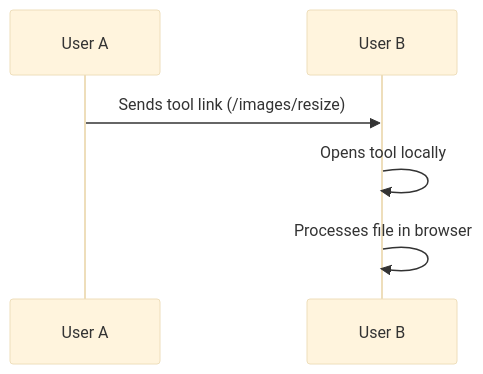
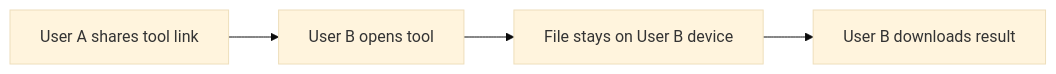
One commit to panndabea/runlocal.tools changed the second of 4 diagrams in README.md. Above: the diagram before and after it, drawn with Mermaid (base theme). The commit also changed other lines of this file, not shown here.

First line of the commit message:
docs: improve README diagrams readability and clarity

````diff
--- a/README.md
+++ b/README.md
@@ -65,9 +65,6 @@
 ```mermaid
-sequenceDiagram
-    participant A as User A
-    participant B as User B
-
-    A->>B: Sends tool link (/images/resize)
-    B->>B: Opens tool locally
-    B->>B: Processes file in browser
+flowchart LR
+    A[User A shares tool link] --> B[User B opens tool]
+    B --> C[File stays on User B device]
+    C --> D[User B downloads result]
 ```
````
